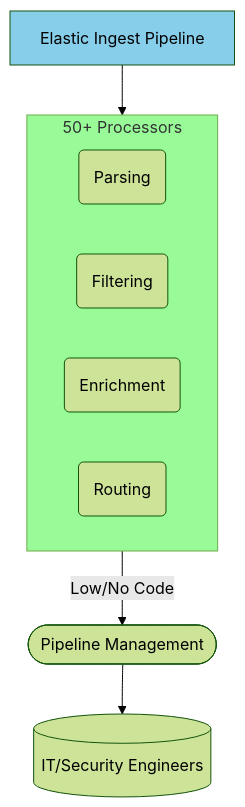
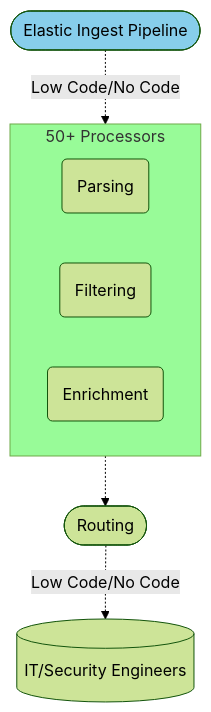
One commit to VirtualMetric/virtualmetric-docs changed the sixth of 7 diagrams in docs/README.mdx. Above: the diagram before and after it, drawn with Mermaid (forest theme). The commit also changed other lines of this file, not shown here.

Commit message:
Edited the about graphics

````diff
--- a/docs/README.mdx
+++ b/docs/README.mdx
@@ -177,18 +174,17 @@
 ```mermaid
 graph TD
-    EIP[Elastic Ingest Pipeline]
+    EIP([Elastic Ingest Pipeline])
     
     subgraph Processors[50+ Processors]
         P1(Parsing)
         P2(Filtering)
         P3(Enrichment)
-        P4(Routing)
     end
     
-    EIP --> Processors
-    Processors --> |Low/No Code| Management([Pipeline Management])
-    Management --> Engineers[(IT/Security Engineers)]
+    EIP -.-> |Low Code/No Code| Processors
+    Processors -.-> Routing([Routing])
+    Routing -.->  |Low Code/No Code| Engineers[(IT/Security Engineers)]
     
     style EIP fill:#87CEEB
     style Processors fill:#98FB98
 ```
````
